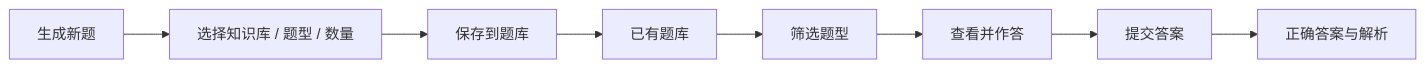
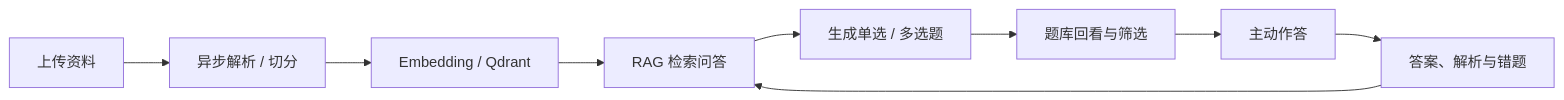
Before and after one commit to Comui520/learnhub: the first of 2 diagrams in README.md, drawn with Mermaid. The commit also changed other lines of this file and 14 other files, not shown here.

````diff
--- a/README.md
+++ b/README.md
@@ -45,10 +83,11 @@
 ```mermaid
 flowchart LR
-    A[已有题库] --> B[筛选题型]
-    B --> C[查看并作答]
-    C --> D[提交答案]
-    D --> E[正确答案与解析]
-    F[生成新题] --> G[选择知识库 / 题型 / 数量]
-    G --> H[保存到题库]
-    H --> A
+    A[上传资料] --> B[异步解析 / 切分]
+    B --> C[Embedding / Qdrant]
+    C --> D[RAG 检索问答]
+    D --> E[生成单选 / 多选题]
+    E --> F[题库回看与筛选]
+    F --> G[主动作答]
+    G --> H[答案、解析与错题]
+    H --> D
 ```
````
